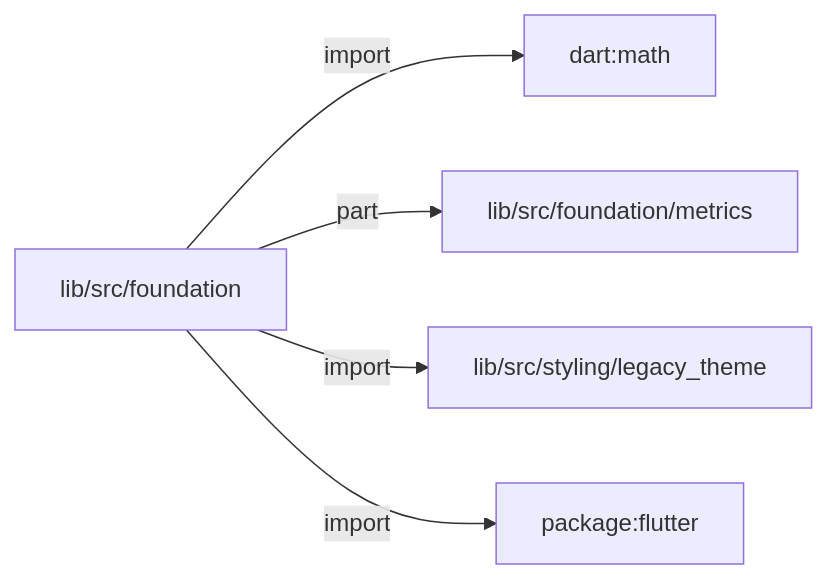
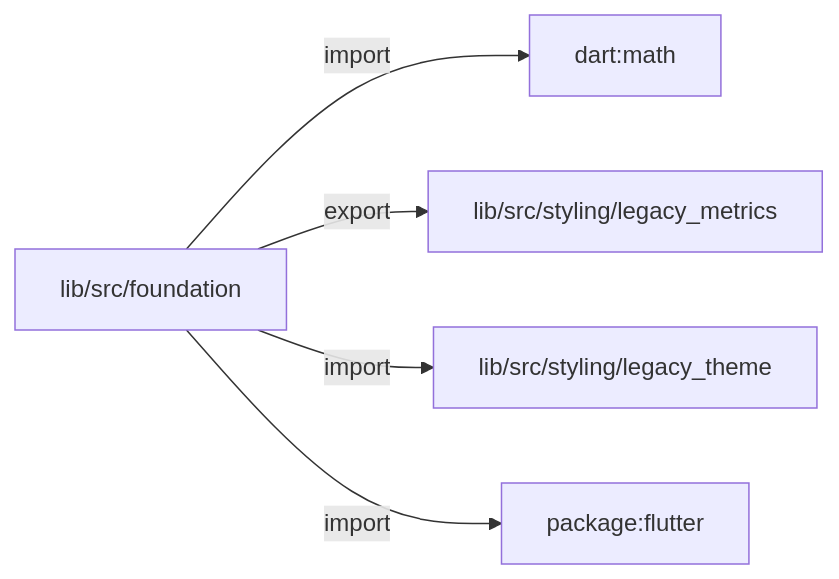
One commit to MiuDog/Kallopis changed the first of 4 diagrams in docs/architecture/src/foundation/README.md. Above: the diagram before and after it, drawn with Mermaid. The commit also changed other lines of this file and 9688 other files, not shown here.

Commit message:
Prepare isolated Flow F2 peer baseline

````diff
--- a/docs/architecture/src/foundation/README.md
+++ b/docs/architecture/src/foundation/README.md
@@ -40,12 +40,12 @@
 ```mermaid
 flowchart LR
 	n0["lib/src/foundation"]
 	n1["dart:math"]
-	n2["lib/src/foundation/metrics"]
+	n2["lib/src/styling/legacy_metrics"]
 	n3["lib/src/styling/legacy_theme"]
 	n4["package:flutter"]
 	n0 -->|"import"| n1
-	n0 -->|"part"| n2
+	n0 -->|"export"| n2
 	n0 -->|"import"| n3
 	n0 -->|"import"| n4
 ```
````
